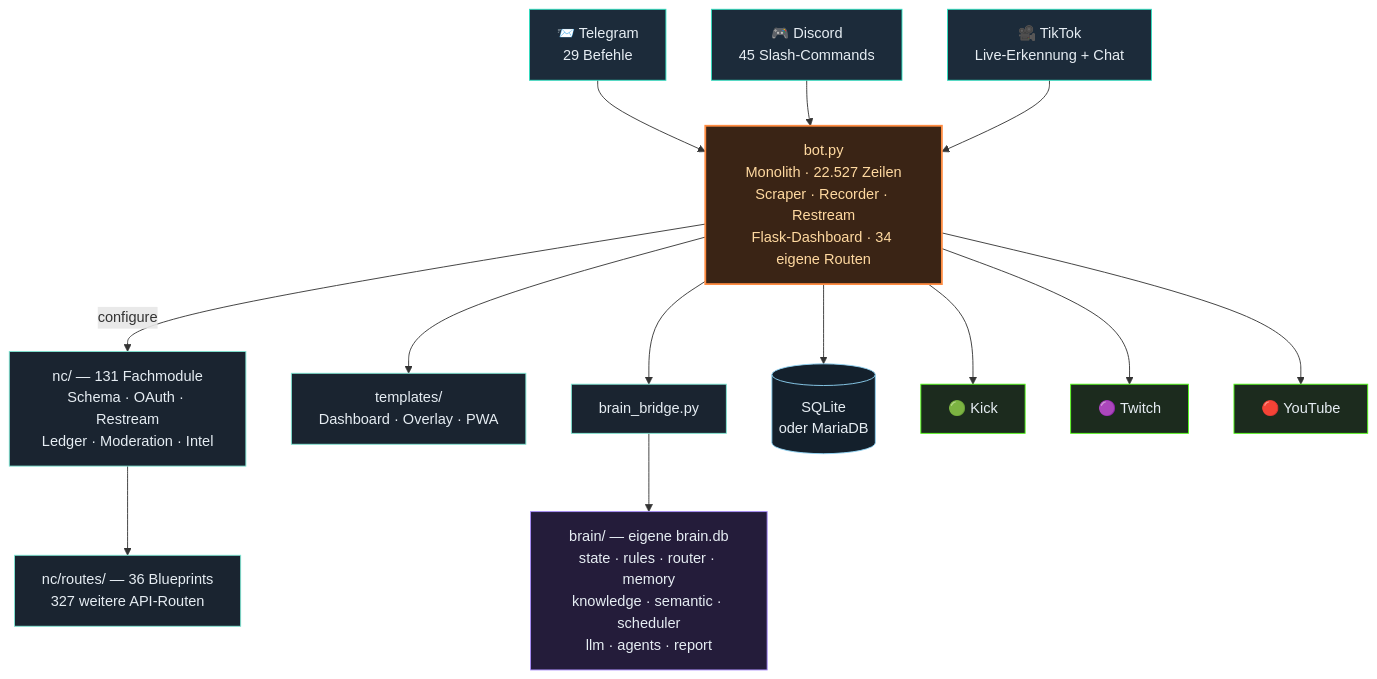
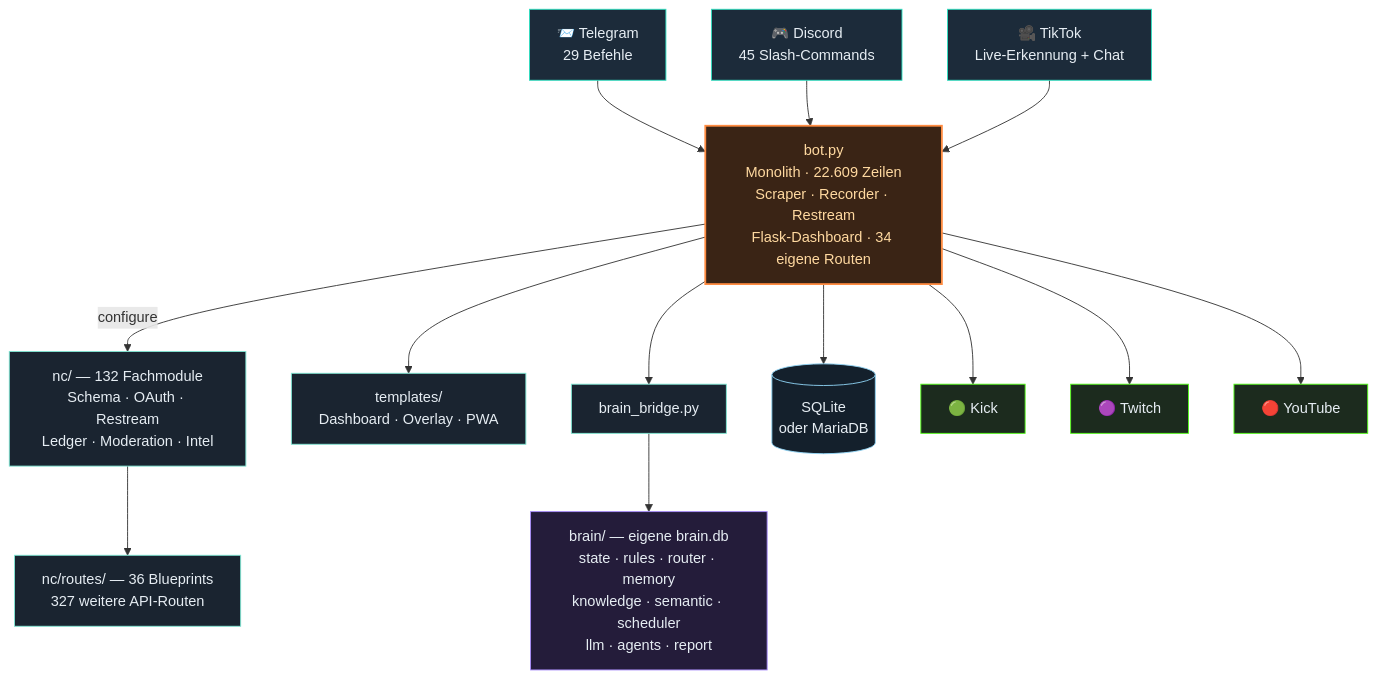
The third of 4 diagrams in README.md (itsamemedev/Telegram-Stream-Info-Bot), drawn with Mermaid before and after one commit. The commit also changed other lines of this file and 9 other files, not shown here.

````diff
--- a/README.md
+++ b/README.md
@@ -189,30 +189,30 @@
 ```mermaid
 flowchart TB
     TG["📨 Telegram<br/>29 Befehle"]:::ein
     DC["🎮 Discord<br/>45 Slash-Commands"]:::ein
     TT["🎥 TikTok<br/>Live-Erkennung + Chat"]:::ein
 
     TG --> BOT
     DC --> BOT
     TT --> BOT
 
-    BOT["bot.py<br/>Monolith · 22.527 Zeilen<br/>Scraper · Recorder · Restream<br/>Flask-Dashboard · 34 eigene Routen"]:::core
+    BOT["bot.py<br/>Monolith · 22.609 Zeilen<br/>Scraper · Recorder · Restream<br/>Flask-Dashboard · 34 eigene Routen"]:::core
 
-    BOT -->|configure| NC["nc/ — 131 Fachmodule<br/>Schema · OAuth · Restream<br/>Ledger · Moderation · Intel"]:::lib
+    BOT -->|configure| NC["nc/ — 132 Fachmodule<br/>Schema · OAuth · Restream<br/>Ledger · Moderation · Intel"]:::lib
     NC --> RT["nc/routes/ — 36 Blueprints<br/>327 weitere API-Routen"]:::lib
     BOT --> TPL["templates/<br/>Dashboard · Overlay · PWA"]:::lib
     BOT --> BR["brain_bridge.py"]:::lib
     BR --> BRAIN["brain/ — eigene brain.db<br/>state · rules · router · memory<br/>knowledge · semantic · scheduler<br/>llm · agents · report"]:::brain
     BOT --> DB[("SQLite<br/>oder MariaDB")]:::db
 
     BOT --> KICK["🟢 Kick"]:::out
     BOT --> TW["🟣 Twitch"]:::out
     BOT --> YT["🔴 YouTube"]:::out
 
     classDef ein fill:#1c2b3a,stroke:#2de1c2,color:#e6edf3
     classDef core fill:#3a2415,stroke:#ff8c42,stroke-width:2px,color:#ffd9a0
     classDef lib fill:#1a2430,stroke:#7fe7d4,color:#e6edf3
     classDef brain fill:#241c3a,stroke:#a78bfa,color:#e6edf3
     classDef db fill:#14202c,stroke:#8fd3f4,color:#e6edf3
     classDef out fill:#1c2b1e,stroke:#53fc18,color:#e6edf3
 ```
````
